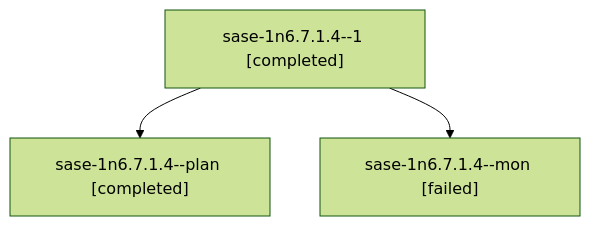
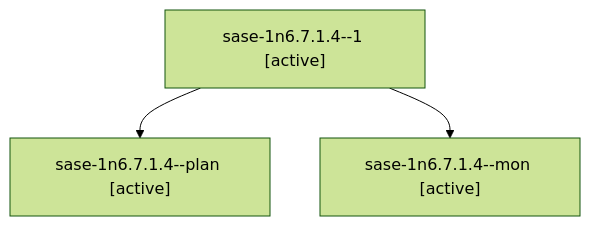
The diagram in sessions/bbugyi200.athena.sase-1n6.7.1.4.md (sase-org/sase--agents), drawn with Mermaid (forest theme) before and after one commit. The commit also changed other lines of this file and 303 other files, not shown here.

````diff
--- a/sessions/bbugyi200.athena.sase-1n6.7.1.4.md
+++ b/sessions/bbugyi200.athena.sase-1n6.7.1.4.md
@@ -9,8 +9,8 @@
 ```mermaid
 flowchart TD
-  n0["sase-1n6.7.1.4--1 [completed]"]
-  n1["sase-1n6.7.1.4--plan [completed]"]
+  n0["sase-1n6.7.1.4--1 [active]"]
+  n1["sase-1n6.7.1.4--plan [active]"]
   n0 --> n1
-  n2["sase-1n6.7.1.4--mon [failed]"]
+  n2["sase-1n6.7.1.4--mon [active]"]
   n0 --> n2
 ```
````
